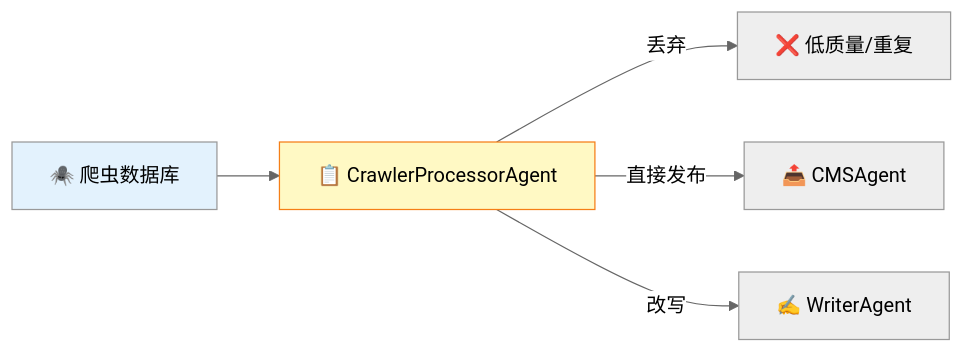
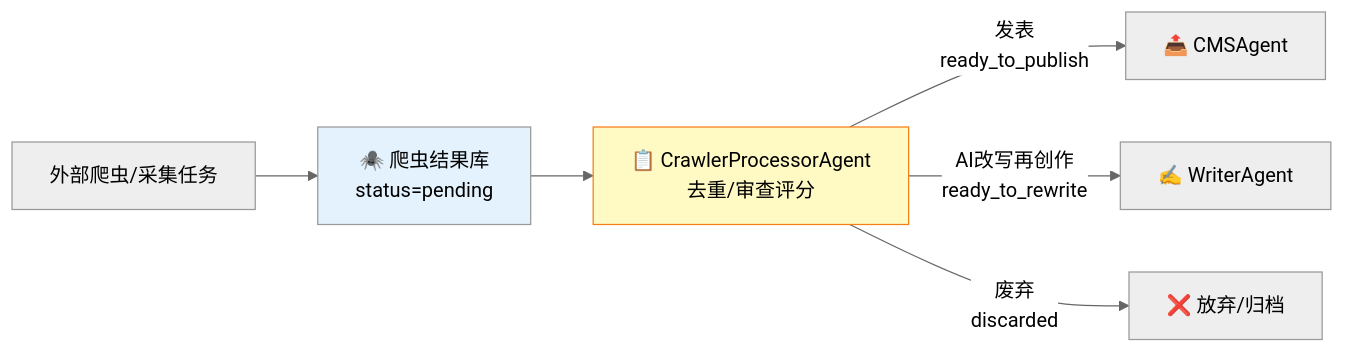
Before and after one commit to flyingsnowzz/Multi-Agent-Automatic-Operation-Website: the fourth of 4 diagrams in 00-方案概述.md, drawn with Mermaid (neutral theme). The commit also changed other lines of this file and 15 other files, not shown here.

````diff
--- a/00-方案概述.md
+++ b/00-方案概述.md
@@ -145,10 +165,11 @@
 ```mermaid
 flowchart LR
-    CRAWL["🕷️ 爬虫数据库"] --> EVAL["📋 CrawlerProcessorAgent"]
-    EVAL -->|"丢弃"| DISCARD["❌ 低质量/重复"]
-    EVAL -->|"直接发布"| CMS["📤 CMSAgent"]
-    EVAL -->|"改写"| WRITER["✍️ WriterAgent"]
+    SPIDER["外部爬虫/采集任务"] --> CRAWL["🕷️ 爬虫结果库<br/>status=pending"]
+    CRAWL --> EVAL["📋 CrawlerProcessorAgent<br/>去重/审查评分"]
+    EVAL -->|"发表<br/>ready_to_publish"| CMS["📤 CMSAgent"]
+    EVAL -->|"AI改写再创作<br/>ready_to_rewrite"| WRITER["✍️ WriterAgent"]
+    EVAL -->|"废弃<br/>discarded"| DISCARD["❌ 放弃/归档"]
 
     style CRAWL fill:#e3f2fd
     style EVAL fill:#fff9c4,stroke:#f57f17
 ```
````
